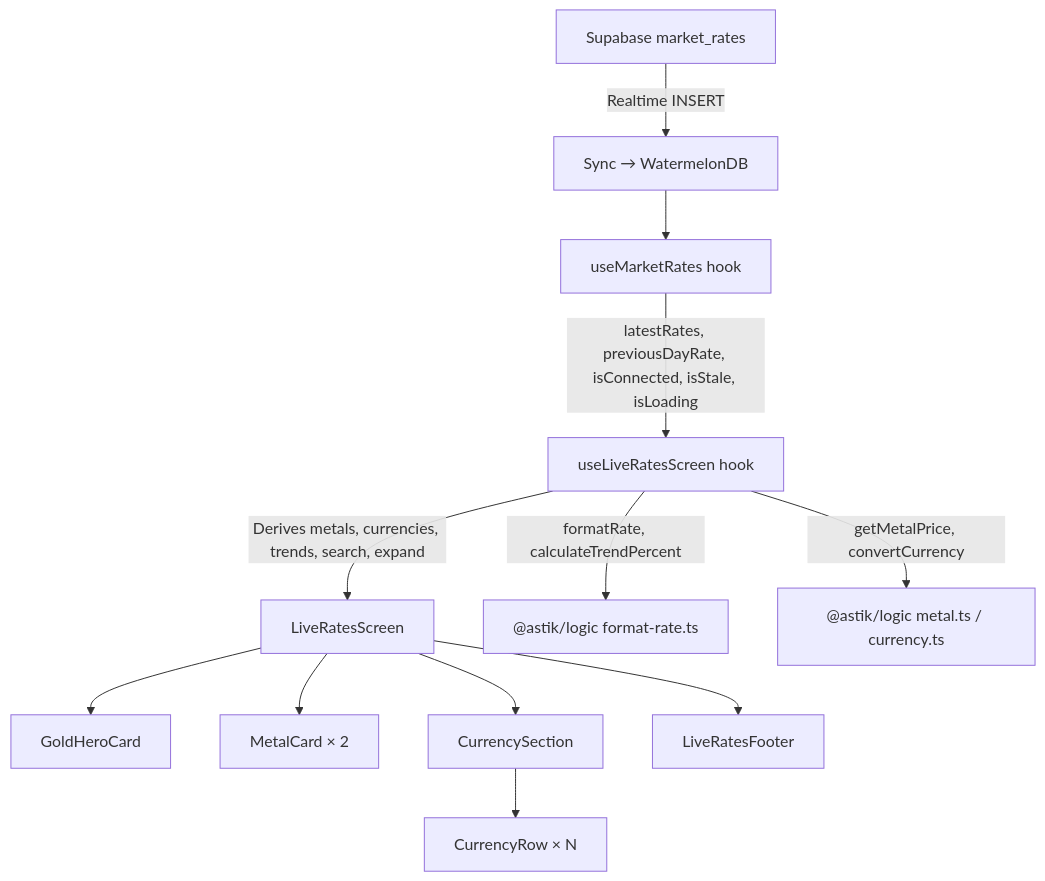
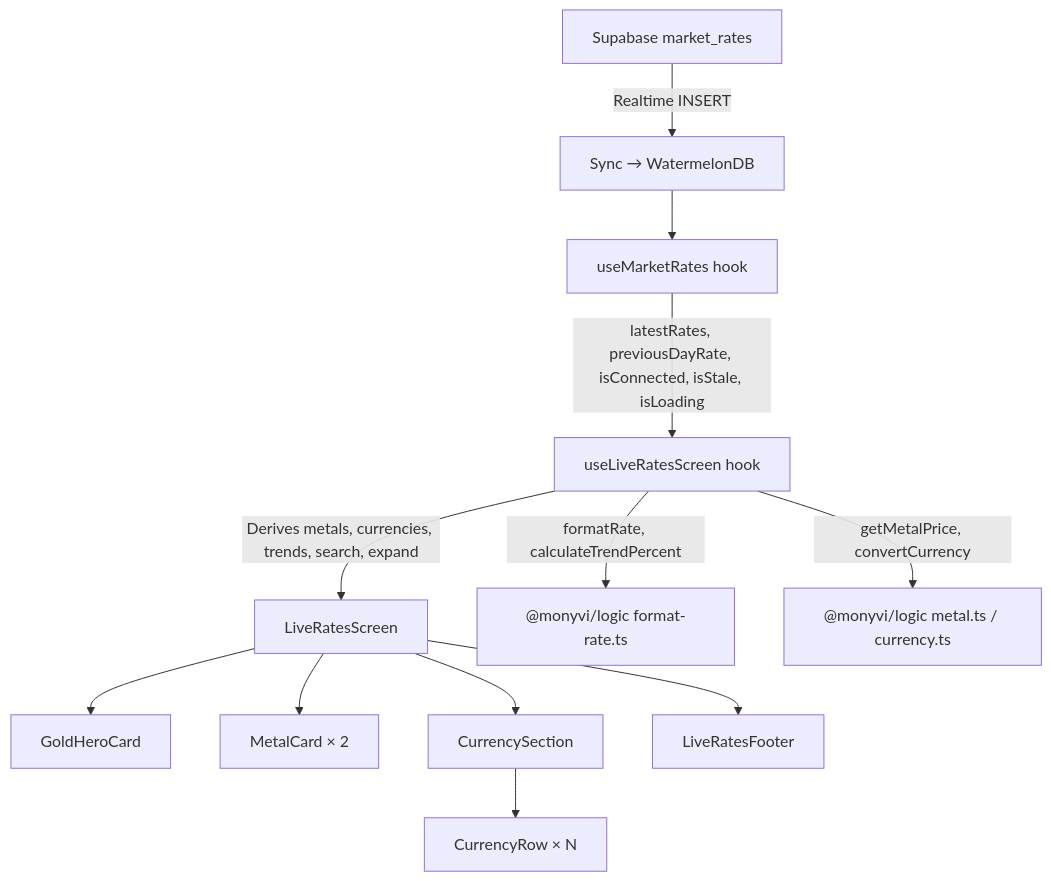
Before and after one commit to Msamir22/Rizqi: the diagram in specs/022-live-rates-page/plan.md, drawn with Mermaid. The commit also changed other lines of this file and 404 other files, not shown here.

````diff
--- a/specs/022-live-rates-page/plan.md
+++ b/specs/022-live-rates-page/plan.md
@@ -388,14 +388,14 @@
 ```mermaid
 flowchart TD
     A[Supabase market_rates] -->|Realtime INSERT| B[Sync → WatermelonDB]
     B --> C[useMarketRates hook]
     C -->|latestRates, previousDayRate, isConnected, isStale, isLoading| D[useLiveRatesScreen hook]
     D -->|Derives metals, currencies, trends, search, expand| E[LiveRatesScreen]
     E --> F[GoldHeroCard]
     E --> G[MetalCard × 2]
     E --> H[CurrencySection]
     H --> I[CurrencyRow × N]
     E --> J[LiveRatesFooter]
-    D -->|formatRate, calculateTrendPercent| K["@astik/logic format-rate.ts"]
-    D -->|getMetalPrice, convertCurrency| L["@astik/logic metal.ts / currency.ts"]
+    D -->|formatRate, calculateTrendPercent| K["@monyvi/logic format-rate.ts"]
+    D -->|getMetalPrice, convertCurrency| L["@monyvi/logic metal.ts / currency.ts"]
 ```
````
